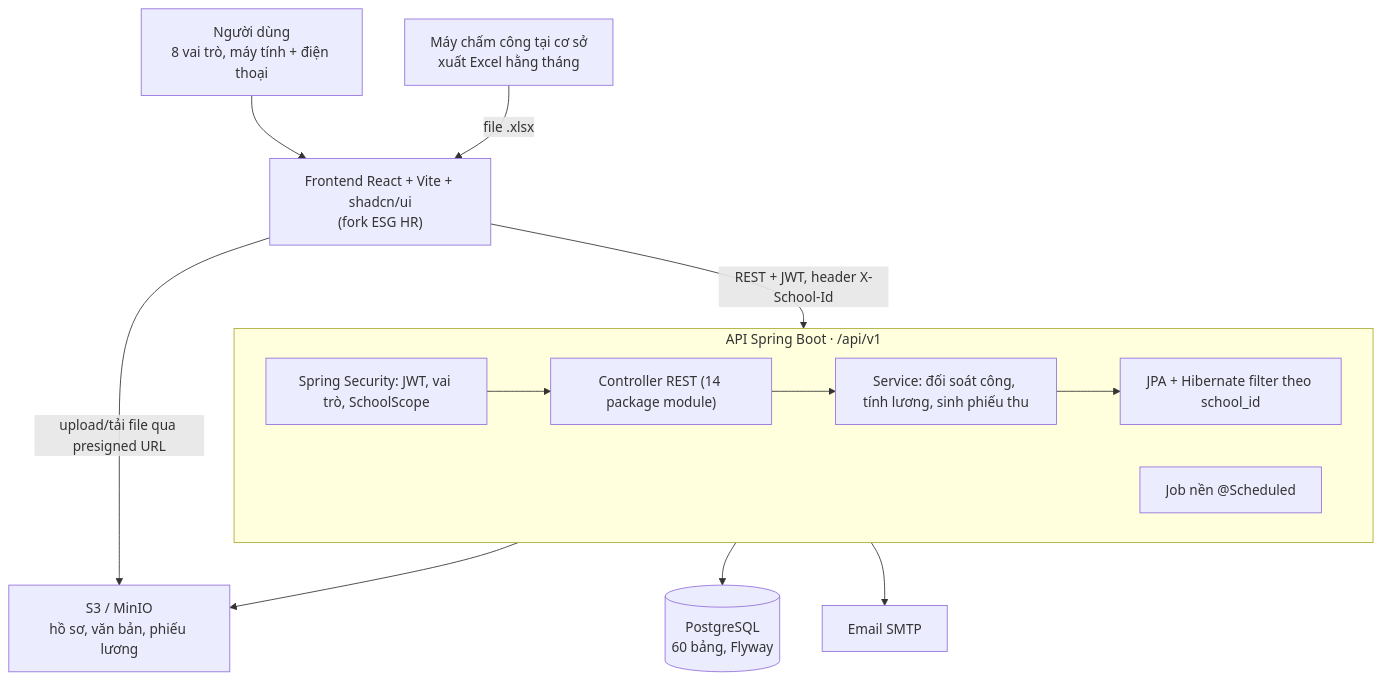
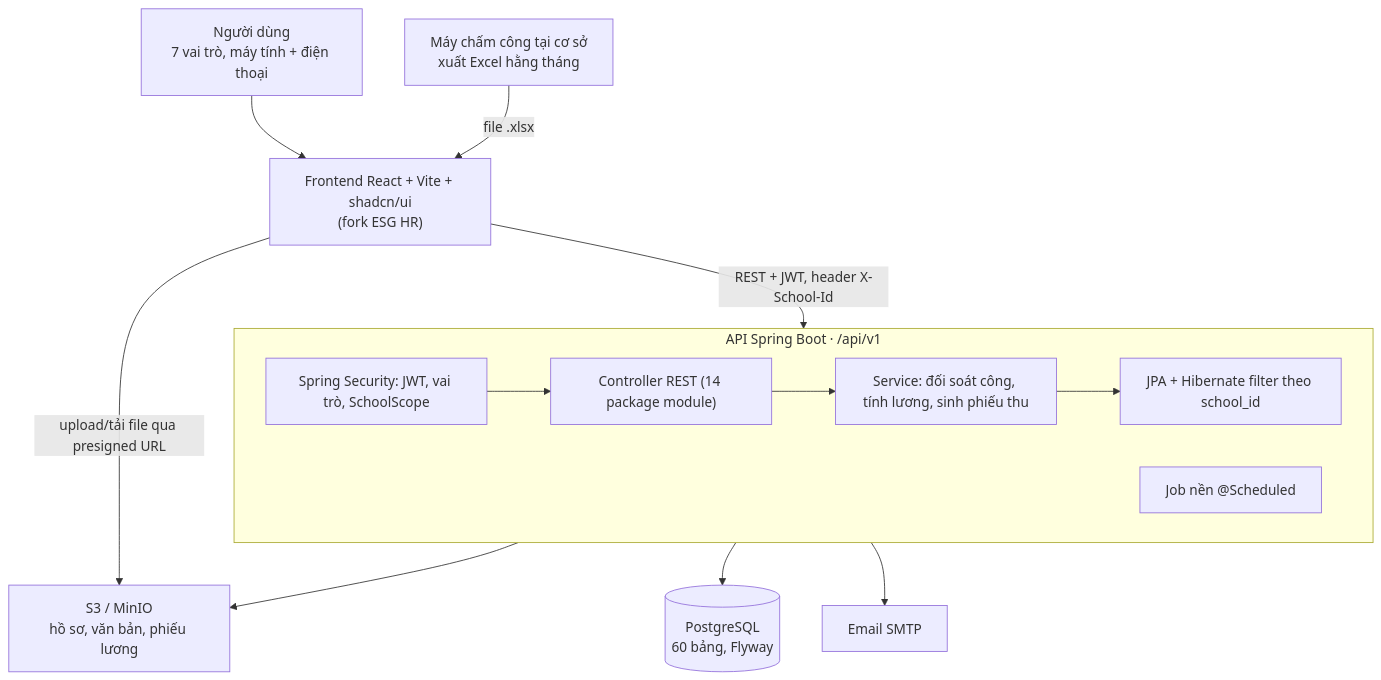
The first of 2 diagrams in docs/thiet-ke.md (leviphux240805/ESG-HR-system-main), drawn with Mermaid before and after one commit. The commit also changed other lines of this file and 308 other files, not shown here.

````diff
--- a/docs/thiet-ke.md
+++ b/docs/thiet-ke.md
@@ -57,19 +69,19 @@
 ```mermaid
 flowchart TD
-    U["Người dùng<br/>8 vai trò, máy tính + điện thoại"] --> FE
+    U["Người dùng<br/>7 vai trò, máy tính + điện thoại"] --> FE
     M["Máy chấm công tại cơ sở<br/>xuất Excel hằng tháng"] -- file .xlsx --> FE
     FE["Frontend React + Vite + shadcn/ui<br/>(fork ESG HR)"]
     FE -- "REST + JWT, header X-School-Id" --> API
     FE -- "upload/tải file qua presigned URL" --> S3
     subgraph API["API Spring Boot · /api/v1"]
         SEC["Spring Security: JWT, vai trò, SchoolScope"]
         CTL["Controller REST (14 package module)"]
         SVC["Service: đối soát công, tính lương, sinh phiếu thu"]
         JPA["JPA + Hibernate filter theo school_id"]
         JOB["Job nền @Scheduled"]
         SEC --> CTL --> SVC --> JPA
     end
     API --> S3["S3 / MinIO<br/>hồ sơ, văn bản, phiếu lương"]
     API --> DB[("PostgreSQL<br/>60 bảng, Flyway")]
     API --> MAIL["Email SMTP"]
 ```
````
